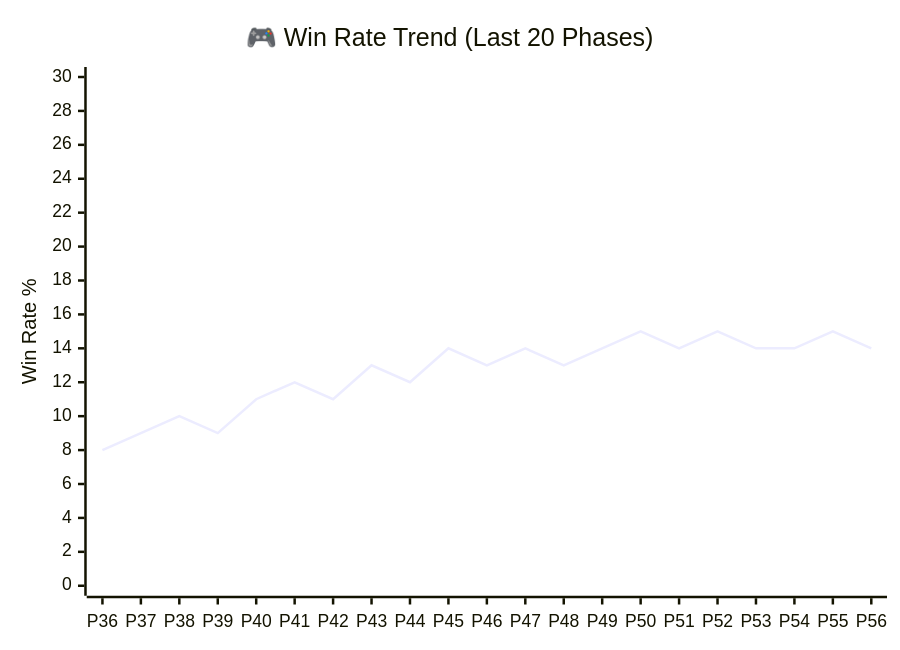
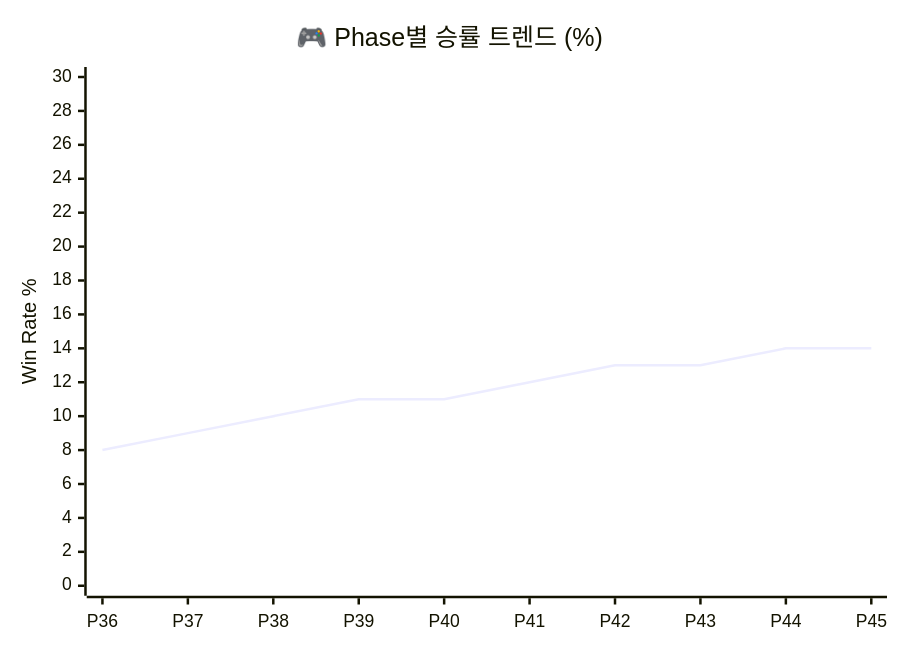
One commit to sun475300-sudo/Swarm-control-in-sc2bot changed the eighth of 29 diagrams in README.md. Above: the diagram before and after it, drawn with Mermaid. The commit also changed other lines of this file, not shown here.

````diff
--- a/README.md
+++ b/README.md
@@ -433,7 +456,7 @@
 ```mermaid
 xychart-beta
-    title "🎮 Win Rate Trend (Last 20 Phases)"
-    x-axis [P36, P37, P38, P39, P40, P41, P42, P43, P44, P45, P46, P47, P48, P49, P50, P51, P52, P53, P54, P55, P56]
+    title "🎮 Phase별 승률 트렌드 (%)"
+    x-axis [P36, P37, P38, P39, P40, P41, P42, P43, P44, P45]
     y-axis "Win Rate %" 0 --> 30
-    line [8, 9, 10, 9, 11, 12, 11, 13, 12, 14, 13, 14, 13, 14, 15, 14, 15, 14, 14, 15, 14]
+    line [8, 9, 10, 11, 11, 12, 13, 13, 14, 14]
 ```
````
